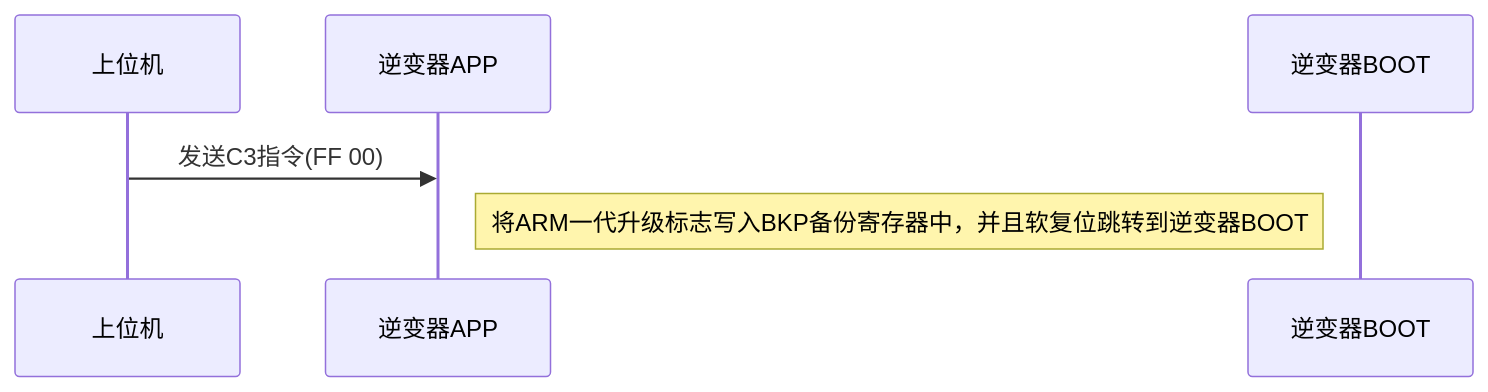
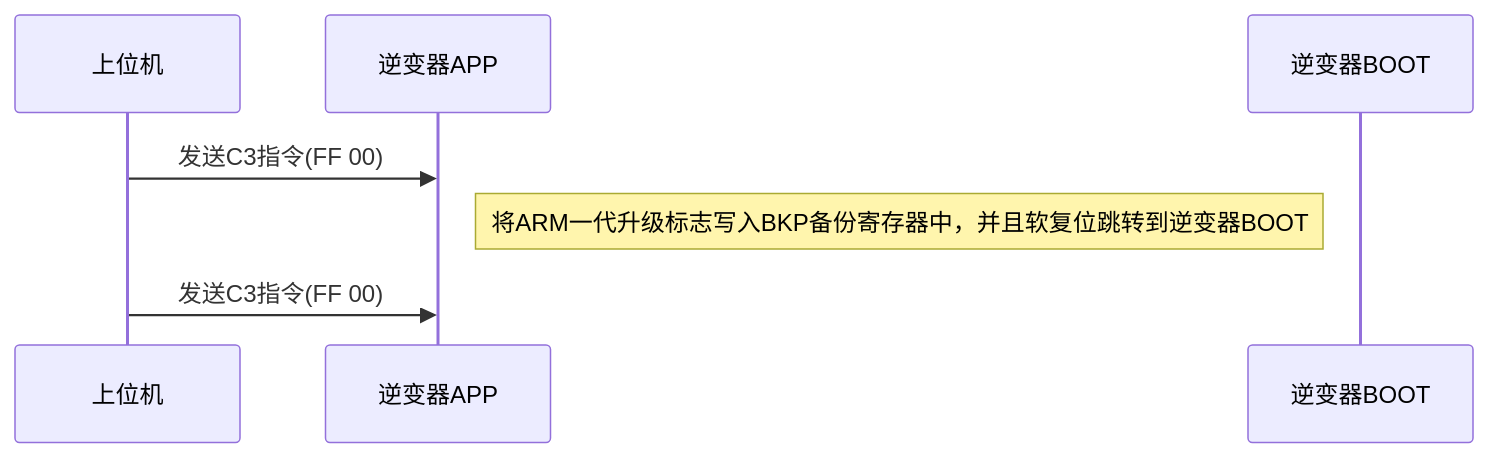
One commit to 2078142847/iodraw-files changed the diagram in all/未命名-2.md. Above: the diagram before and after it, drawn with Mermaid.

Commit message:
2024-05-30 14:37:08 update

````diff
--- a/all/未命名-2.md
+++ b/all/未命名-2.md
@@ -1,11 +1,12 @@
 ```mermaid
 sequenceDiagram
     participant A as 上位机
     participant B as 逆变器APP
     participant C as 逆变器BOOT
     
     A->>B: 发送C3指令(FF 00)
     Note right of B: 将ARM一代升级标志写入BKP备份寄存器中，并且软复位跳转到逆变器BOOT
+    A->>B: 发送C3指令(FF 00)
 
     
 ```
````
